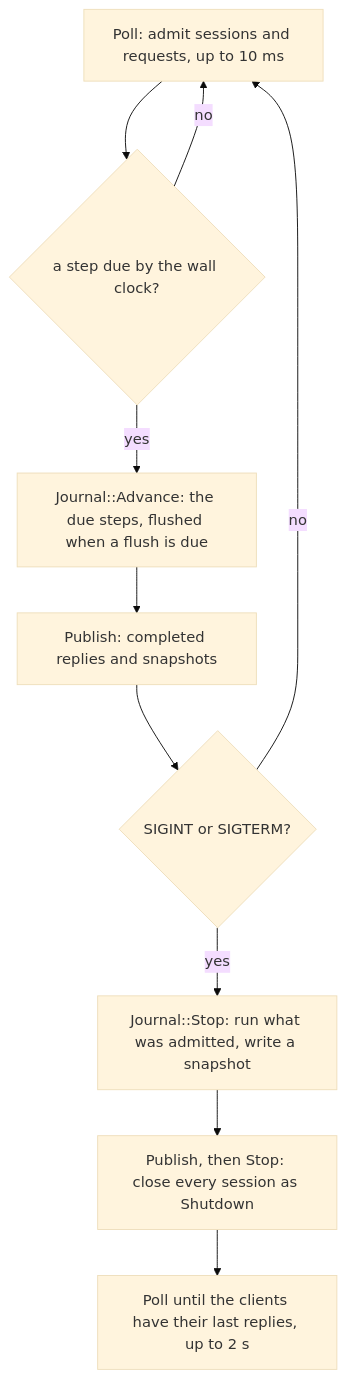
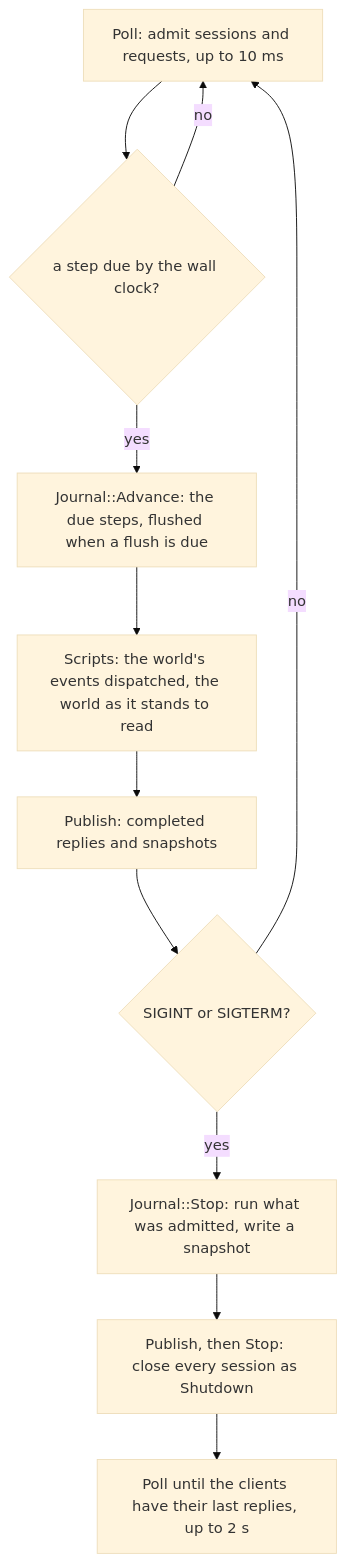
Before and after one commit to ivanhawkes/manifest: the second of 2 diagrams in docs/server.md, drawn with Mermaid (base theme). The commit also changed other lines of this file and 15 other files, not shown here.

First line of the commit message:
Host: the mods' scripts run in every session, the server's given its events and its snapshots their keys (J62)

````diff
--- a/docs/server.md
+++ b/docs/server.md
@@ -139,12 +139,13 @@
 ```mermaid
 flowchart TD
     A["Poll: admit sessions and requests, up to 10 ms"] --> B{"a step due by the wall clock?"}
     B -- no --> A
     B -- yes --> C["Journal::Advance: the due steps, flushed when a flush is due"]
-    C --> D["Publish: completed replies and snapshots"]
+    C --> S["Scripts: the world's events dispatched, the world as it stands to read"]
+    S --> D["Publish: completed replies and snapshots"]
     D --> E{"SIGINT or SIGTERM?"}
     E -- no --> A
     E -- yes --> F["Journal::Stop: run what was admitted, write a snapshot"]
     F --> G["Publish, then Stop: close every session as Shutdown"]
     G --> H["Poll until the clients have their last replies, up to 2 s"]
 ```
````
